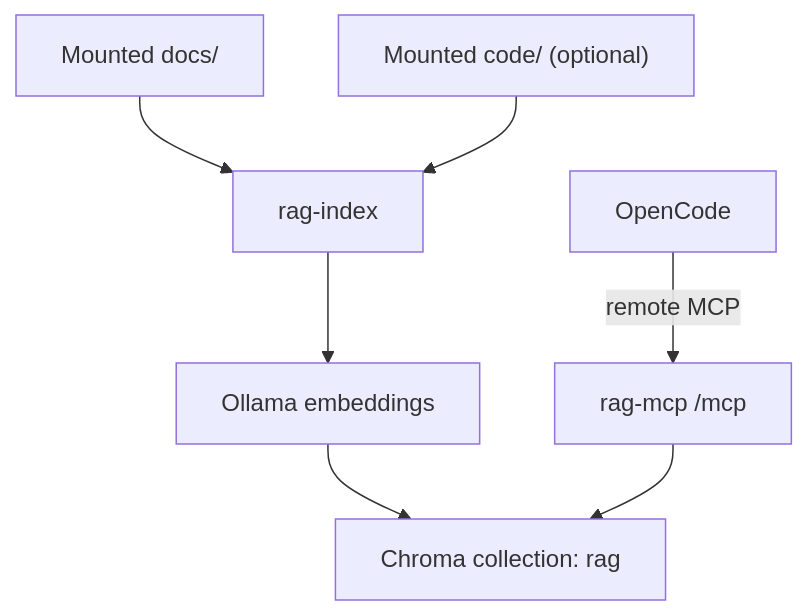
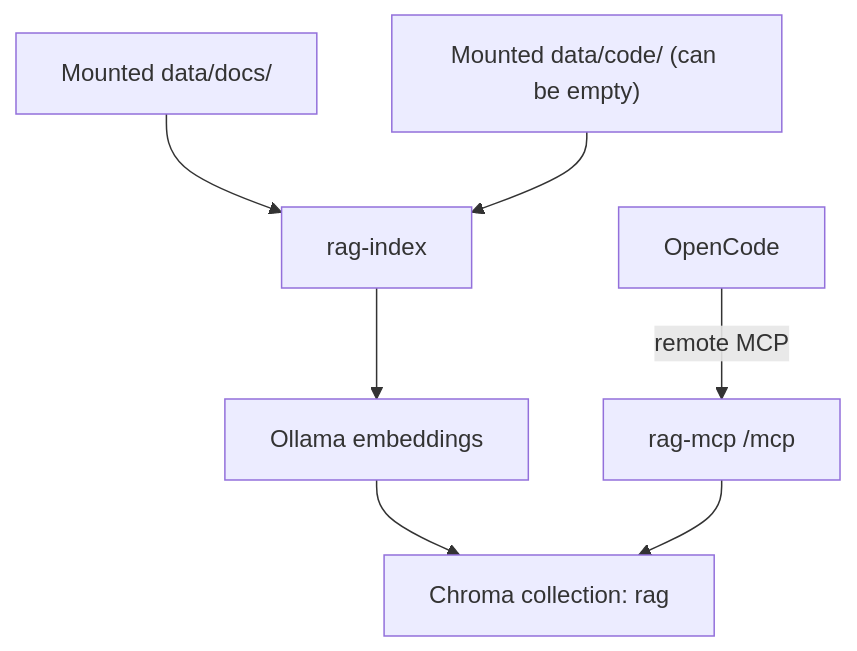
Before and after one commit to andrepester/local-rag: the diagram in README.md, drawn with Mermaid. The commit also changed other lines of this file and 9 other files, not shown here.

````diff
--- a/README.md
+++ b/README.md
@@ -14,10 +14,10 @@
 ```mermaid
 flowchart TD
-    A["Mounted docs/"] --> B["rag-index"]
-    C["Mounted code/ (optional)"] --> B
+    A["Mounted data/docs/"] --> B["rag-index"]
+    C["Mounted data/code/ (can be empty)"] --> B
     B --> D["Ollama embeddings"]
     D --> E["Chroma collection: rag"]
 
     F["OpenCode"] -->|remote MCP| G["rag-mcp /mcp"]
     G --> E
 ```
````
